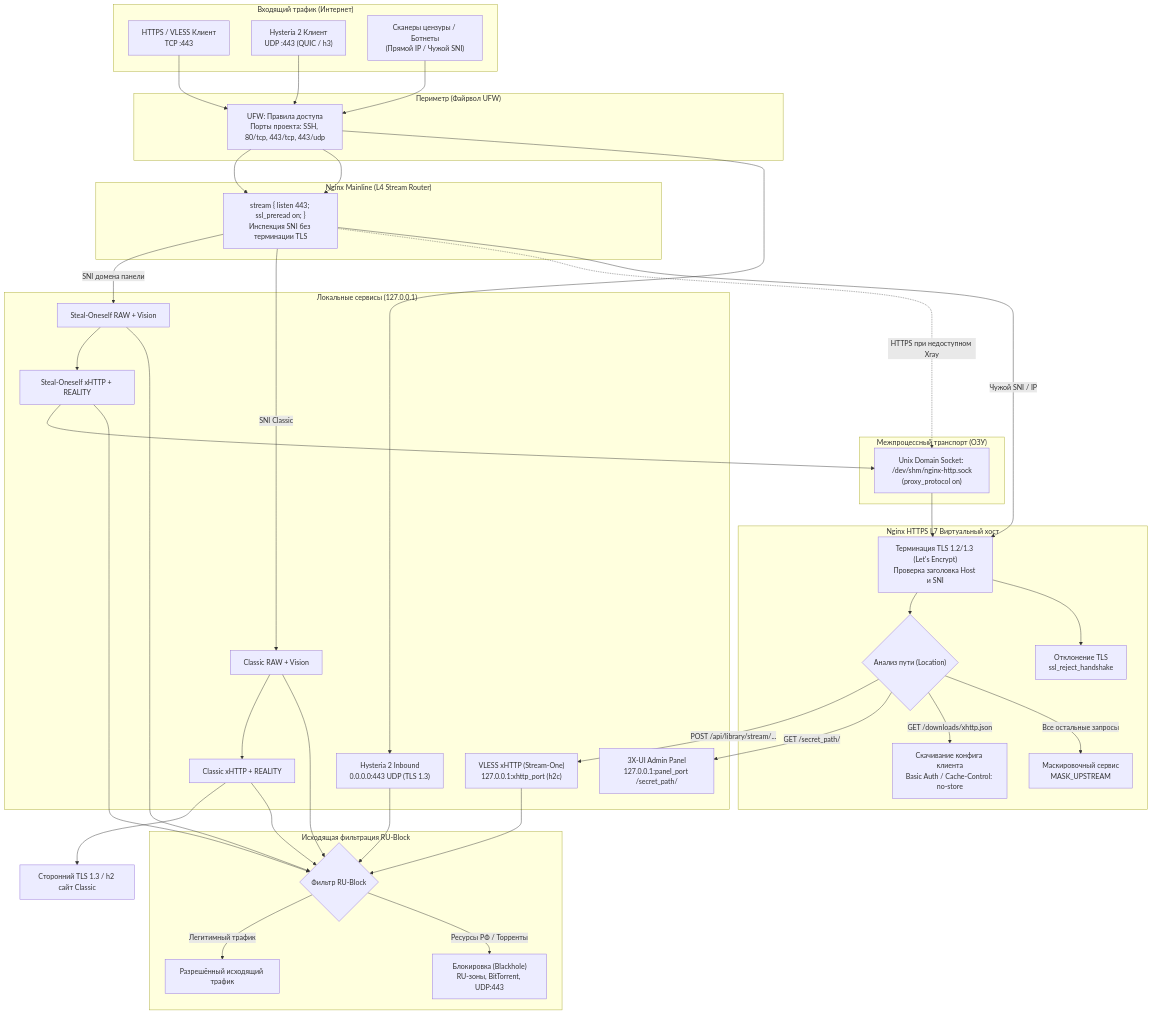
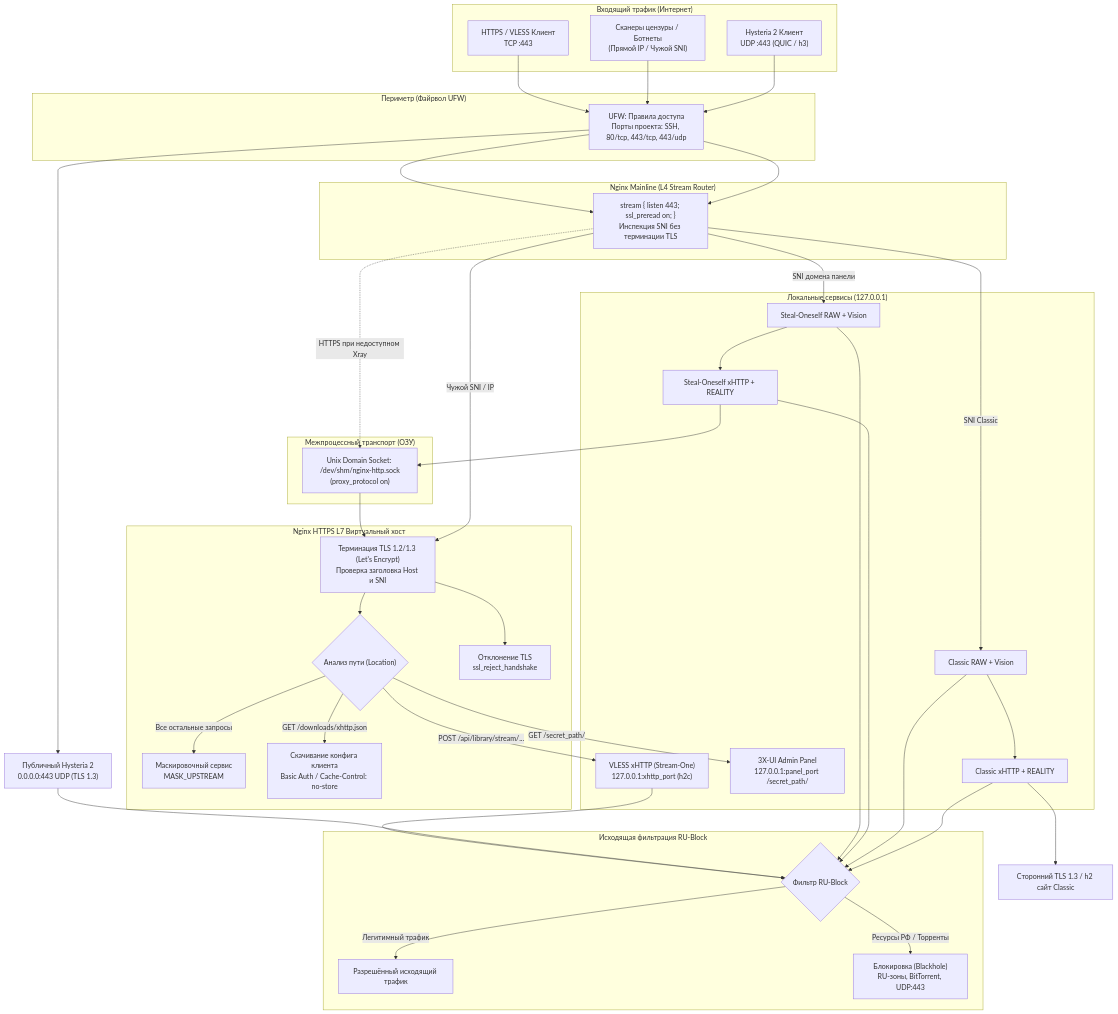
The diagram in README.md (kex1tu/vpn_script), drawn with Mermaid before and after one commit. The commit also changed other lines of this file and 4 other files, not shown here.

````diff
--- a/README.md
+++ b/README.md
@@ -195,68 +199,69 @@
 ```mermaid
 flowchart TB
     subgraph WAN ["Входящий трафик (Интернет)"]
         TCPClient["HTTPS / VLESS Клиент\nTCP :443"]
         UDPClient["Hysteria 2 Клиент\nUDP :443 (QUIC / h3)"]
         Scanner["Сканеры цензуры / Ботнеты\n(Прямой IP / Чужой SNI)"]
     end
 
     subgraph Edge ["Периметр (Файрвол UFW)"]
         UFW["UFW: Правила доступа\nПорты проекта: SSH, 80/tcp, 443/tcp, 443/udp"]
     end
 
     subgraph NginxRouter ["Nginx Mainline (L4 Stream Router)"]
         Stream["stream { listen 443; ssl_preread on; }\nИнспекция SNI без терминации TLS"]
     end
 
     subgraph MemoryTransport ["Межпроцессный транспорт (ОЗУ)"]
         RAMSock["Unix Domain Socket: /dev/shm/nginx-http.sock\n(proxy_protocol on)"]
     end
 
     subgraph NginxVHost ["Nginx HTTPS L7 Виртуальный хост"]
         SSLTerm["Терминация TLS 1.2/1.3 (Let's Encrypt)\nПроверка заголовка Host и SNI"]
         Router{"Анализ пути (Location)"}
         FakeSite["Маскировочный сервис\nMASK_UPSTREAM"]
         XHTTPDownload["Скачивание конфига клиента\nBasic Auth / Cache-Control: no-store"]
         RSTDrop["Отклонение TLS\nssl_reject_handshake"]
     end
 
+    Hy2["Публичный Hysteria 2\n0.0.0.0:443 UDP (TLS 1.3)"]
+
     subgraph XrayBackends ["Локальные сервисы (127.0.0.1)"]
         XHTTP["VLESS xHTTP (Stream-One)\n127.0.0.1:xhttp_port (h2c)"]
-        Hy2["Hysteria 2 Inbound\n0.0.0.0:443 UDP (TLS 1.3)"]
         Panel["3X-UI Admin Panel\n127.0.0.1:panel_port /secret_path/"]
         SelfRaw["Steal-Oneself RAW + Vision"]
         SelfX["Steal-Oneself xHTTP + REALITY"]
         ClassicRaw["Classic RAW + Vision"]
         ClassicX["Classic xHTTP + REALITY"]
     end
     ClassicSite["Сторонний TLS 1.3 / h2 сайт Classic"]
 
     subgraph OutboundSecurity ["Исходящая фильтрация RU-Block"]
         RUFilter{"Фильтр RU-Block"}
         GlobalNet["Разрешённый исходящий трафик"]
         Blackhole["Блокировка (Blackhole)\nRU-зоны, BitTorrent, UDP:443"]
     end
 
     TCPClient --> UFW --> Stream
     Scanner --> UFW --> Stream
     UDPClient --> UFW --> Hy2
 
     Stream -- "SNI домена панели" --> SelfRaw --> SelfX --> RAMSock --> SSLTerm --> Router
     Stream -- "SNI Classic" --> ClassicRaw --> ClassicX --> ClassicSite
     Stream -. "HTTPS при недоступном Xray" .-> RAMSock
     Stream -- "Чужой SNI / IP" --> SSLTerm --> RSTDrop
 
     Router -- "POST /api/library/stream/..." --> XHTTP
     Router -- "GET /secret_path/" --> Panel
     Router -- "GET /downloads/xhttp.json" --> XHTTPDownload
     Router -- "Все остальные запросы" --> FakeSite
 
     XHTTP --> RUFilter
     Hy2 --> RUFilter
     SelfRaw --> RUFilter
     SelfX --> RUFilter
     ClassicRaw --> RUFilter
     ClassicX --> RUFilter
     RUFilter -- "Легитимный трафик" --> GlobalNet
     RUFilter -- "Ресурсы РФ / Торренты" --> Blackhole
 ```
````
